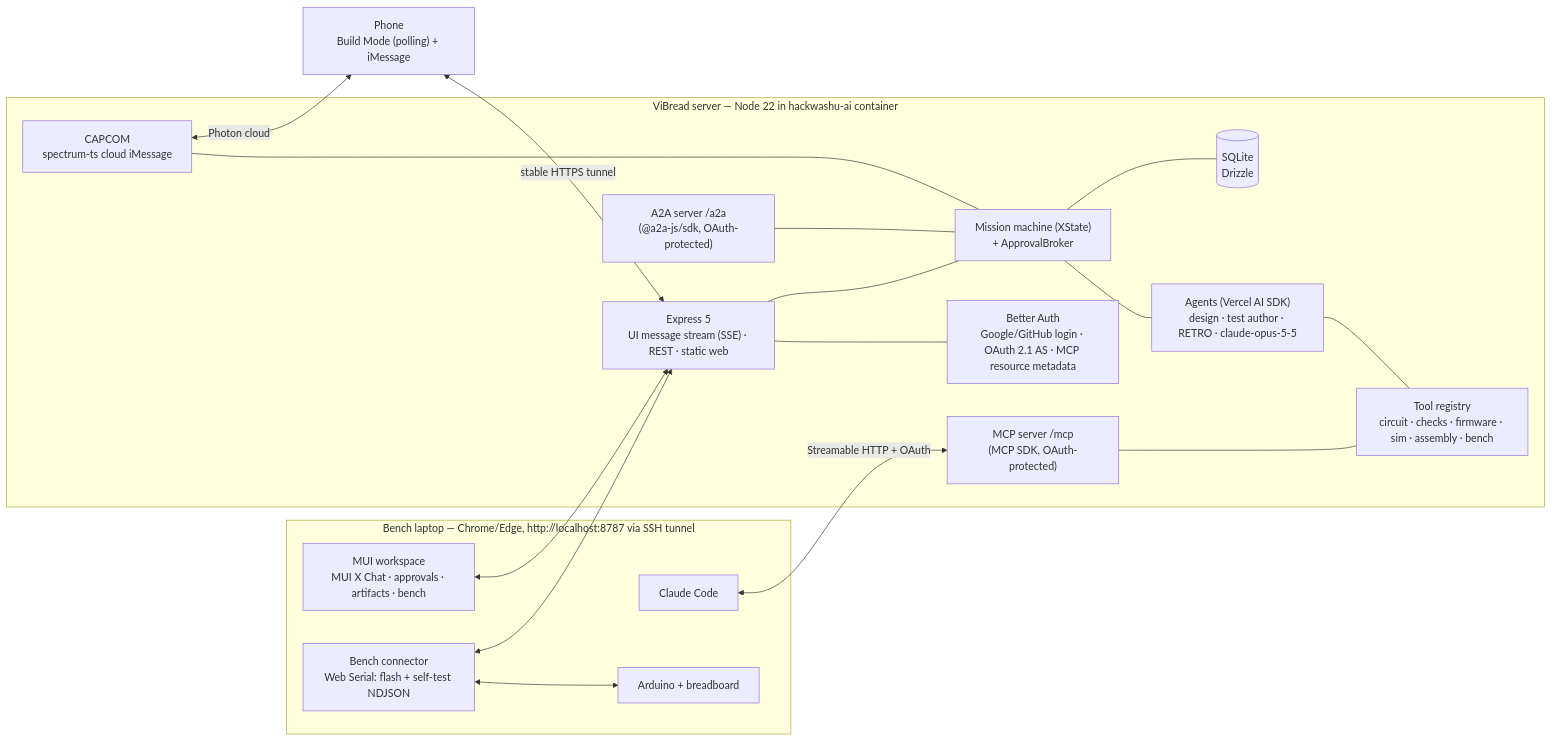
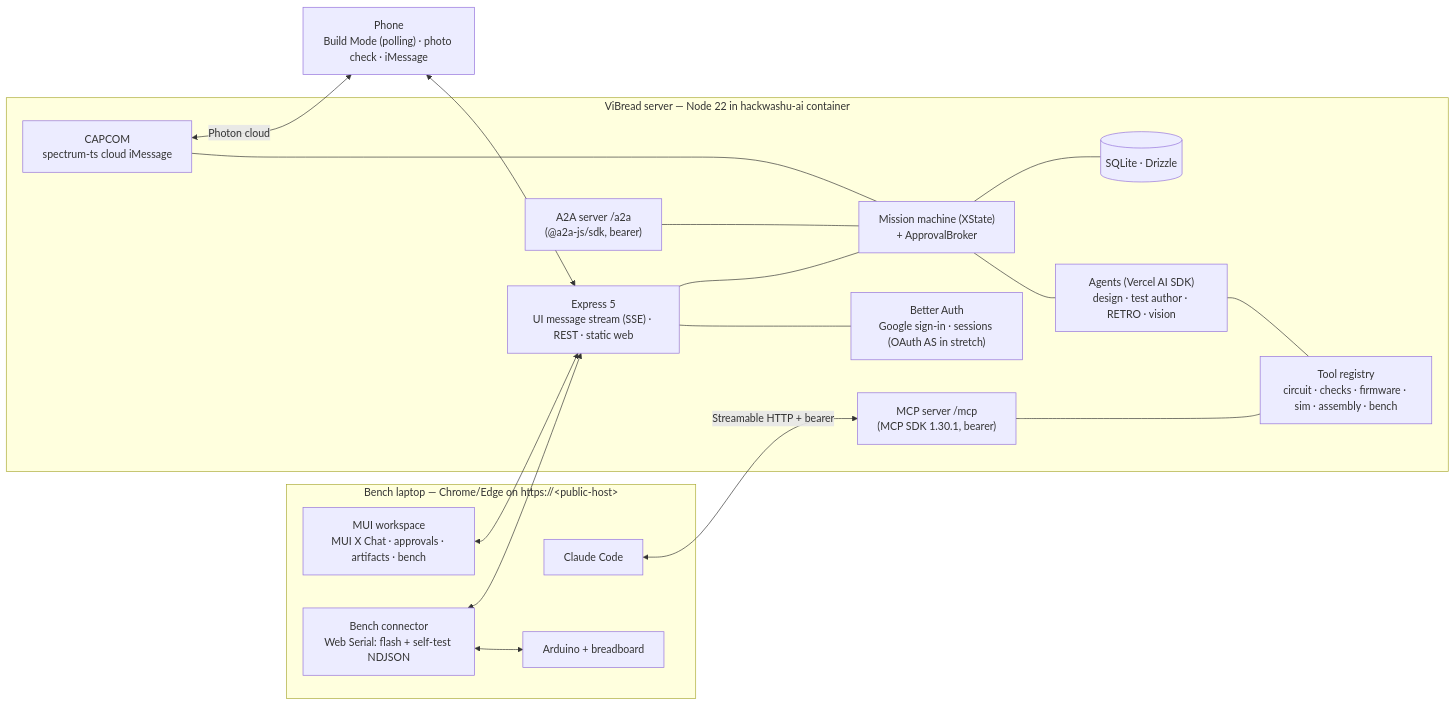
The diagram in PLAN.md (BarryTheShen/ViBread), drawn with Mermaid before and after one commit. The commit also changed other lines of this file, not shown here.

Commit message:
Revise plan: hardware gate first, smaller core, photo check, bench-only physical actions

````diff
--- a/PLAN.md
+++ b/PLAN.md
@@ -129,33 +149,33 @@
 ```mermaid
 flowchart LR
-  subgraph Laptop["Bench laptop — Chrome/Edge, http://localhost:8787 via SSH tunnel"]
+  subgraph Laptop["Bench laptop — Chrome/Edge on https://&lt;public-host&gt;"]
     WEB["MUI workspace<br/>MUI X Chat · approvals · artifacts · bench"]
     BENCH["Bench connector<br/>Web Serial: flash + self-test NDJSON"]
     CC["Claude Code"]
     USB["Arduino + breadboard"]
   end
-  PHONE["Phone<br/>Build Mode (polling) + iMessage"]
+  PHONE["Phone<br/>Build Mode (polling) · photo check · iMessage"]
   subgraph Server["ViBread server — Node 22 in hackwashu-ai container"]
     API["Express 5<br/>UI message stream (SSE) · REST · static web"]
-    AUTH["Better Auth<br/>Google/GitHub login · OAuth 2.1 AS · MCP resource metadata"]
+    AUTH["Better Auth<br/>Google sign-in · sessions (OAuth AS in stretch)"]
     ORCH["Mission machine (XState)<br/>+ ApprovalBroker"]
-    AG["Agents (Vercel AI SDK)<br/>design · test author · RETRO · claude-opus-5-5"]
+    AG["Agents (Vercel AI SDK)<br/>design · test author · RETRO · vision"]
     TOOLS["Tool registry<br/>circuit · checks · firmware · sim · assembly · bench"]
-    MCP["MCP server /mcp<br/>(MCP SDK, OAuth-protected)"]
-    A2A["A2A server /a2a<br/>(@a2a-js/sdk, OAuth-protected)"]
+    MCP["MCP server /mcp<br/>(MCP SDK 1.30.1, bearer)"]
+    A2A["A2A server /a2a<br/>(@a2a-js/sdk, bearer)"]
     CAP["CAPCOM<br/>spectrum-ts cloud iMessage"]
-    DB[("SQLite<br/>Drizzle")]
+    DB[("SQLite · Drizzle")]
   end
   WEB <--> API
   BENCH <--> USB
   BENCH <--> API
-  CC <-->|Streamable HTTP + OAuth| MCP
-  PHONE <-->|stable HTTPS tunnel| API
+  CC <-->|Streamable HTTP + bearer| MCP
+  PHONE <--> API
   API --- AUTH
   API --- ORCH --- AG --- TOOLS
   MCP --- TOOLS
   A2A --- ORCH
   CAP --- ORCH
   ORCH --- DB
   CAP <-->|Photon cloud| PHONE
 ```
````
